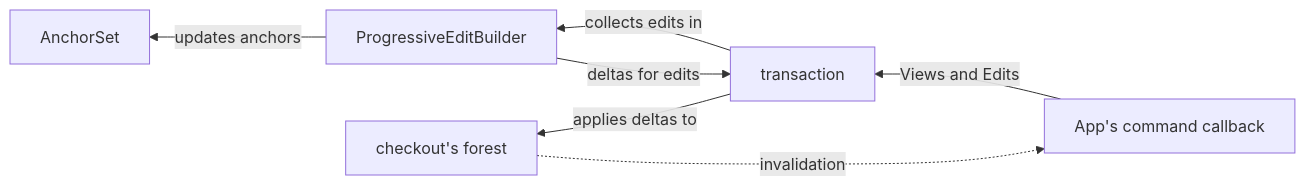
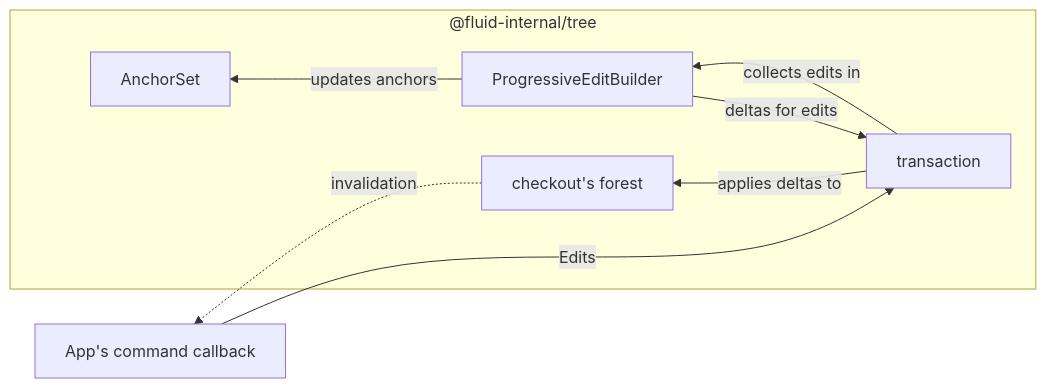
One commit to microsoft/FluidFramework changed the third of 5 diagrams in packages/dds/tree/README.md. Above: the diagram before and after it, drawn with Mermaid. The commit also changed other lines of this file, not shown here.

Commit message:
use subgraph and make all charts left to right

````diff
--- a/packages/dds/tree/README.md
+++ b/packages/dds/tree/README.md
@@ -159,9 +167,12 @@
 ```mermaid
-graph RL;
-    command["App's command callback"]--"Views and Edits"-->transaction
-    transaction--"collects edits in"-->ProgressiveEditBuilder
-    ProgressiveEditBuilder--"updates anchors"-->AnchorSet
-    ProgressiveEditBuilder--"deltas for edits"-->transaction
-    transaction--"applies deltas to"-->forest["checkout's forest"]
+flowchart RL
+    subgraph "@fluid-internal/tree"
+        transaction--"collects edits in"-->ProgressiveEditBuilder
+        ProgressiveEditBuilder--"updates anchors"-->AnchorSet
+        ProgressiveEditBuilder--"deltas for edits"-->transaction
+        transaction--"applies deltas to"-->forest["checkout's forest"]
+    end
+    command["App's command callback"]
+    command--"Edits"-->transaction
     forest-."invalidation".->command
 ```
````
